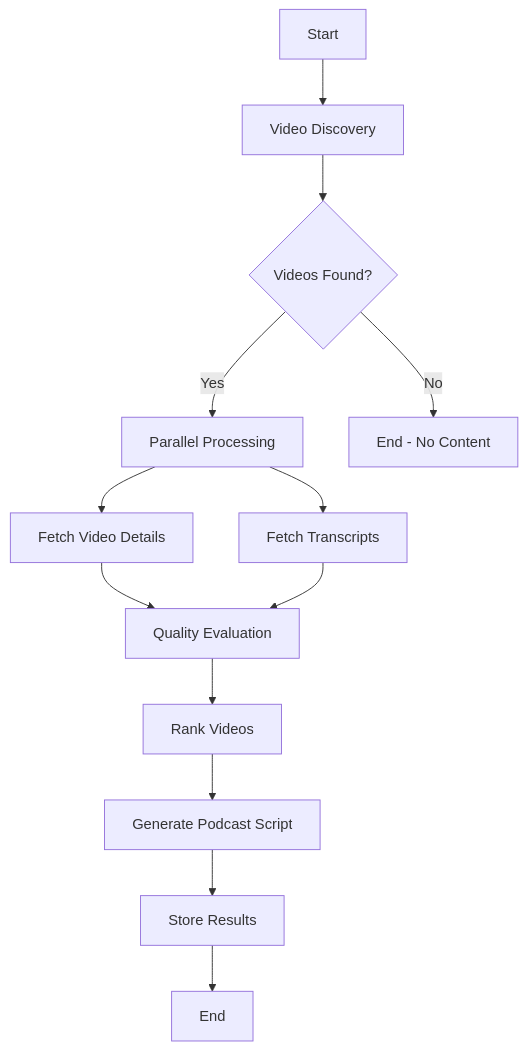
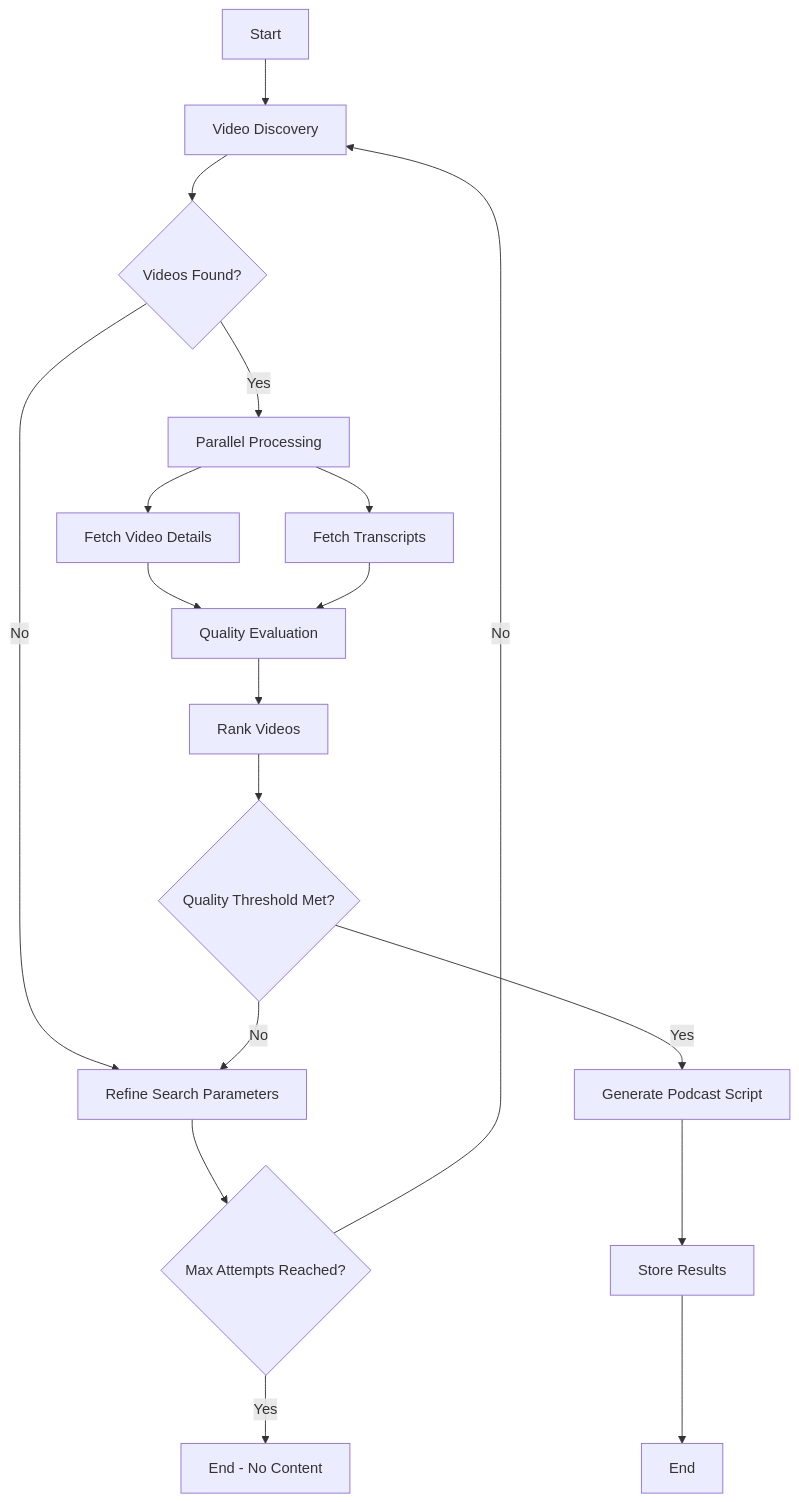
Before and after one commit to charlesmcchan/podcast-curator: the diagram in .kiro/specs/nanook-curator/design.md, drawn with Mermaid. The commit also changed other lines of this file and 1 other file, not shown here.

Commit message:
feat: refine design

````diff
--- a/.kiro/specs/nanook-curator/design.md
+++ b/.kiro/specs/nanook-curator/design.md
@@ -55,18 +67,23 @@
 ```mermaid
 graph TD
     A[Start] --> B[Video Discovery]
     B --> C{Videos Found?}
-    C -->|Yes| D[Parallel Processing]
-    C -->|No| E[End - No Content]
+    C -->|No| D[Refine Search Parameters]
+    D --> E{Max Attempts Reached?}
+    E -->|No| B
+    E -->|Yes| F[End - No Content]
     
-    D --> F[Fetch Video Details]
-    D --> G[Fetch Transcripts]
+    C -->|Yes| G[Parallel Processing]
+    G --> H[Fetch Video Details]
+    G --> I[Fetch Transcripts]
     
-    F --> H[Quality Evaluation]
-    G --> H
+    H --> J[Quality Evaluation]
+    I --> J
     
-    H --> I[Rank Videos]
-    I --> J[Generate Podcast Script]
-    J --> K[Store Results]
-    K --> L[End]
+    J --> K[Rank Videos]
+    K --> L{Quality Threshold Met?}
+    L -->|No| D
+    L -->|Yes| N[Generate Podcast Script]
+    N --> O[Store Results]
+    O --> P[End]
 ```
````
